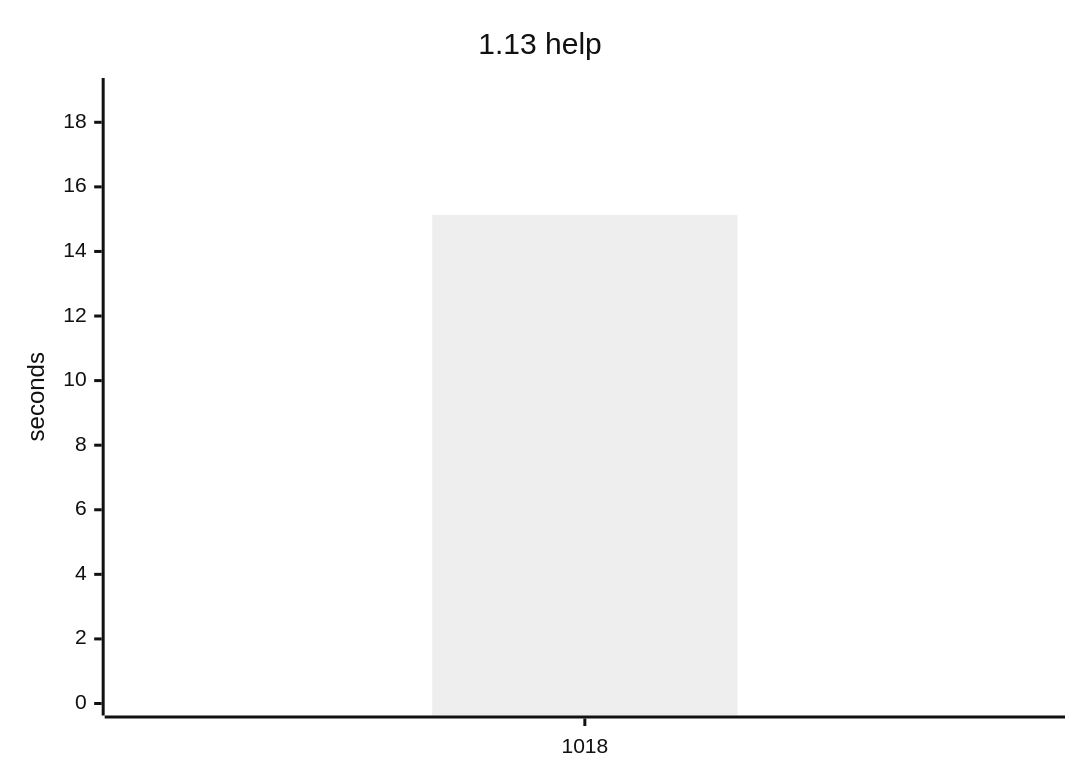
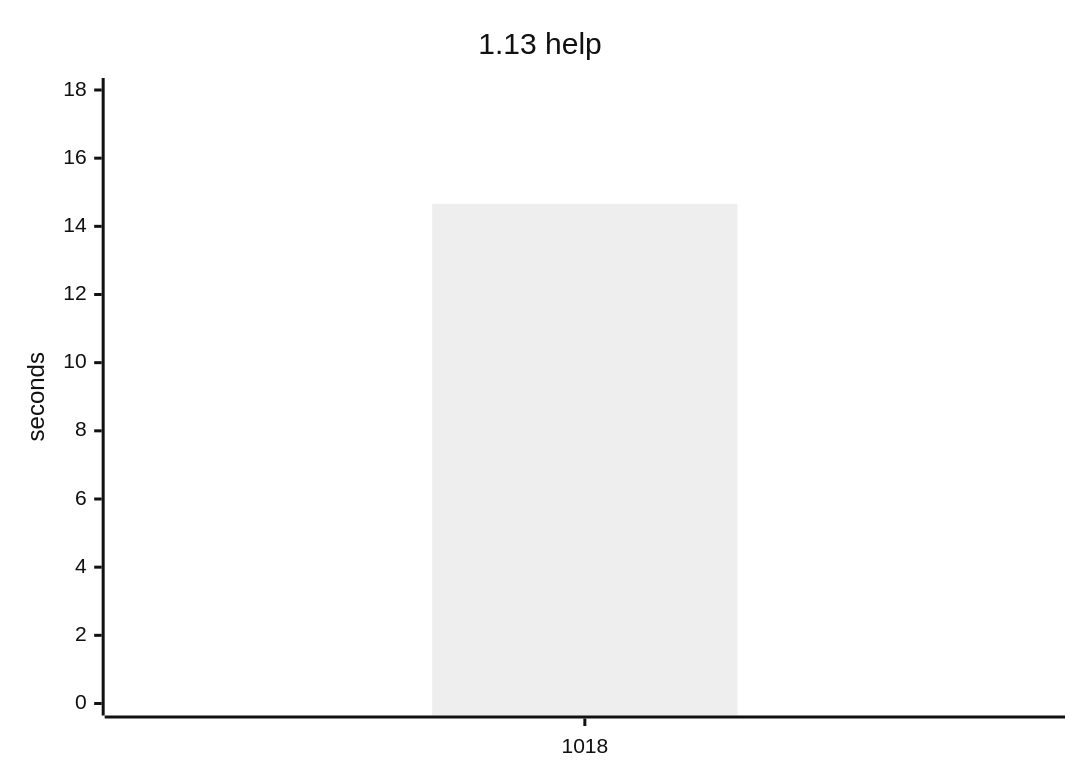
One commit to yamanori99/DistSSHQueue.jl changed the first of 4 diagrams in README.md. Above: the diagram before and after it, drawn with Mermaid (neutral theme). The commit also changed other lines of this file and 1 other file, not shown here.

````diff
--- a/README.md
+++ b/README.md
@@ -20,7 +20,7 @@
 ```mermaid
 xychart-beta
     title "1.13 help"
     x-axis ["1018"]
-    y-axis "seconds" 0 --> 19
-    bar [15.13]
+    y-axis "seconds" 0 --> 18
+    bar [14.66]
 ```
````
